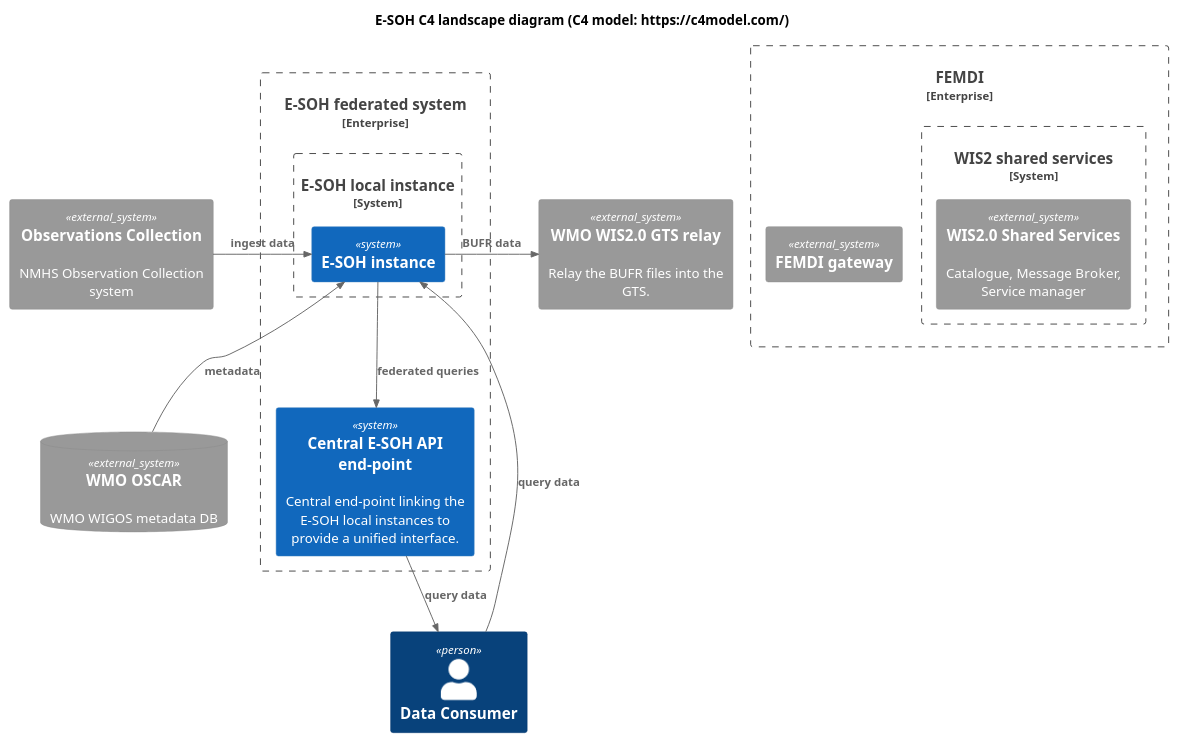
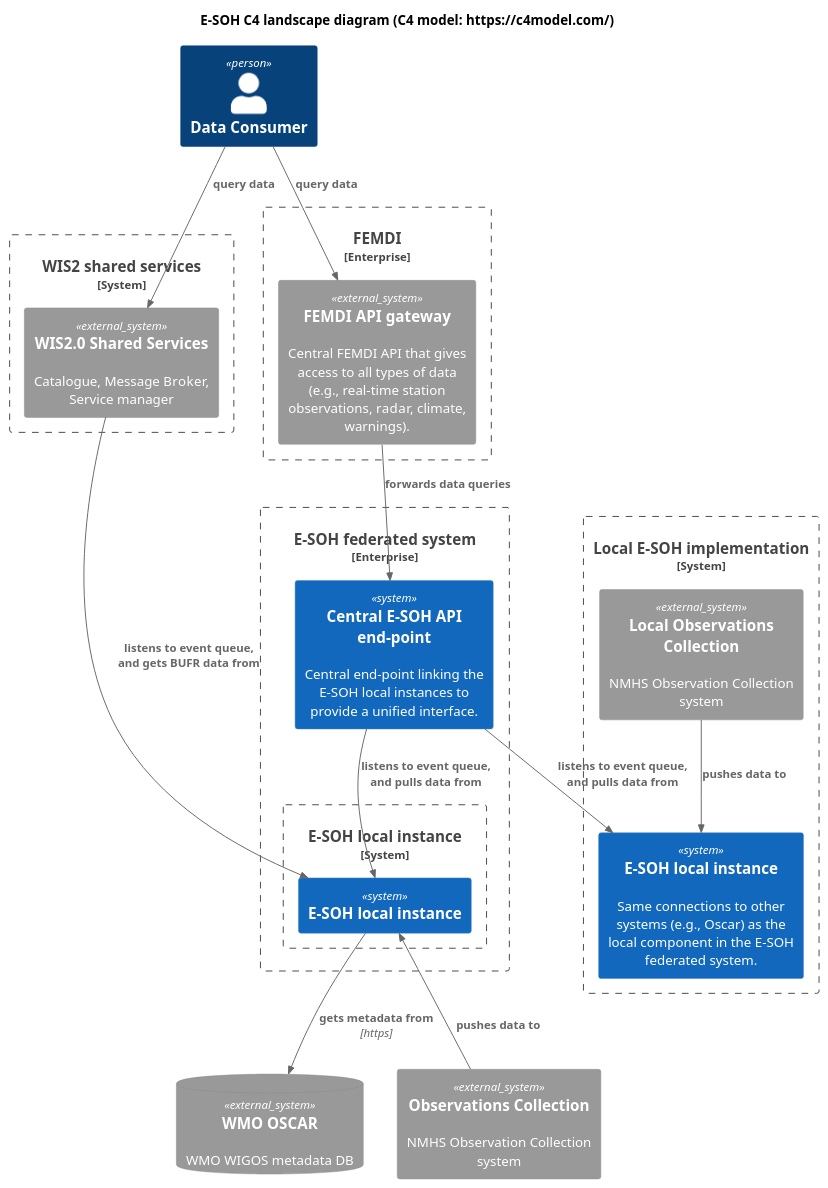
Before and after one commit to EURODEO/e-soh-c4: the diagram in 02-landscape-diagram/E-SOH-C4-landscape-diagram.puml, drawn with PlantUML. The commit also changed 1 other file, not shown here.

Commit message:
Landscape diagram done

```diff
--- a/02-landscape-diagram/E-SOH-C4-landscape-diagram.puml
+++ b/02-landscape-diagram/E-SOH-C4-landscape-diagram.puml
@@ -1,58 +1,65 @@
 @startuml "E-SOH-C4-landscape-diagram"
 
 !include <C4/C4_Container>
 
 '!include https://raw.githubusercontent.com/plantuml-stdlib/C4-PlantUML/master/C4_Context.puml
 ' or use local:
 '!include C4_Context.puml
 
 LAYOUT_TOP_DOWN()
+'LAYOUT_LEFT_RIGHT()
 'LAYOUT_AS_SKETCH()
 'LAYOUT_WITH_LEGEND()
 
 title E-SOH C4 landscape diagram (C4 model: https://c4model.com/)
 
 'AddElementTag("microService", $shape=EightSidedShape(), $bgColor="CornflowerBlue", $fontColor="white", $legendText="micro service\neight sided")
 
-System_Ext(wis2gts, "WMO WIS2.0 GTS relay", "Relay the BUFR files into the GTS.")
 
 Person(consumer, "Data Consumer")
+
+Enterprise_Boundary(femdi_all, "FEMDI") {
+    System_Ext("femdigw", "FEMDI API gateway", "Central FEMDI API that gives access to all types of data (e.g., real-time station observations, radar, climate, warnings).")
+}
 
 Enterprise_Boundary(esoh_all, "E-SOH federated system"){
   System(centralapi, "Central E-SOH API end-point", "Central end-point linking the E-SOH local instances to provide a unified interface.")
 
   System_Boundary(esoh_fed, "E-SOH local instance"){
-    System(esoh, "E-SOH instance", "")
+    System(esoh, "E-SOH local instance", "")
   }
 }
 
-', "Includes the FEMDI gateway, message broker, metadata catalog and authentication and authorization.") {
+' WIS2 box:
+System_Boundary(wis2shared_all, "WIS2 shared services"){
+    System_Ext(wis2shared, "WIS2.0 Shared Services", "Catalogue, Message Broker, Service manager")
+    'System_Ext(wis2gts, "WMO WIS2.0 GTS relay", "Relay the BUFR files into GTS.")
+}
 
-Enterprise_Boundary(femdi_all, "FEMDI") {
-    
-    System_Ext("femdigw", "FEMDI gateway","")
-
-    ' WIS2 box:
-    System_Boundary(wis2shared_all, "WIS2 shared services"){
-    System_Ext(wis2shared, "WIS2.0 Shared Services", "Catalogue, Message Broker, Service manager")
-  }
-
+System_Boundary(esoh_local_implementation, "Local E-SOH implementation"){
+    System_Ext(obscoll_local,"Local Observations Collection", "NMHS Observation Collection system")
+    System(esoh_local, "E-SOH local instance", "Same connections to other systems (e.g., Oscar) as the local component in the E-SOH federated system.")
 }
 
 SystemDb_Ext(oscar, "WMO OSCAR", "WMO WIGOS metadata DB")
 System_Ext(obscoll,"Observations Collection", "NMHS Observation Collection system")
 
-'relations: 
-Rel_R("obscoll", "esoh", "ingest data")
-Rel("esoh", "centralapi", "federated queries")
-Rel_L("esoh", "wis2gts","BUFR data")
-Rel_L("oscar", "esoh", "metadata")
-Rel("centralapi", "consumer", "query data")
-'Rel("consumer", "femdigw","query data")
-Rel("consumer", "esoh","query data")
+Rel_U(obscoll, esoh, "pushes data to")
+
+Rel(obscoll_local, esoh_local, "pushes data to")
+
+
+Rel(wis2shared, esoh, "listens to event queue, and gets BUFR data from")
+Rel(esoh, oscar, "gets metadata from", "https")
+
+Rel(consumer, wis2shared ,"query data")
+Rel("consumer", "femdigw","query data")
+Rel(femdigw, centralapi, "forwards data queries")
+Rel(centralapi, esoh_local, "listens to event queue, and pulls data from")
+Rel(centralapi, esoh, "listens to event queue, and pulls data from")
 
 'layout:
-Lay_U("oscar", "obscoll")
-Lay_L("obscoll","esoh")
+'Lay_U("oscar", "obscoll")
+'Lay_L("obscoll","esoh")
 
 @enduml
```
